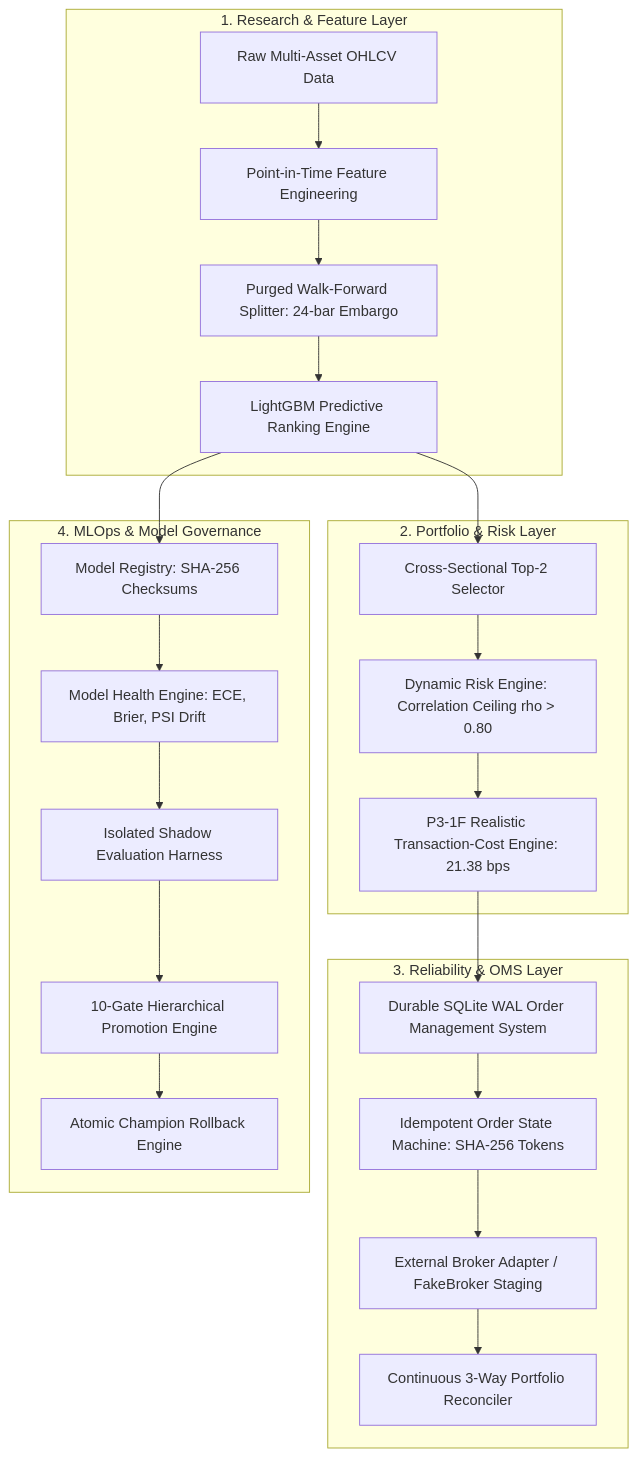
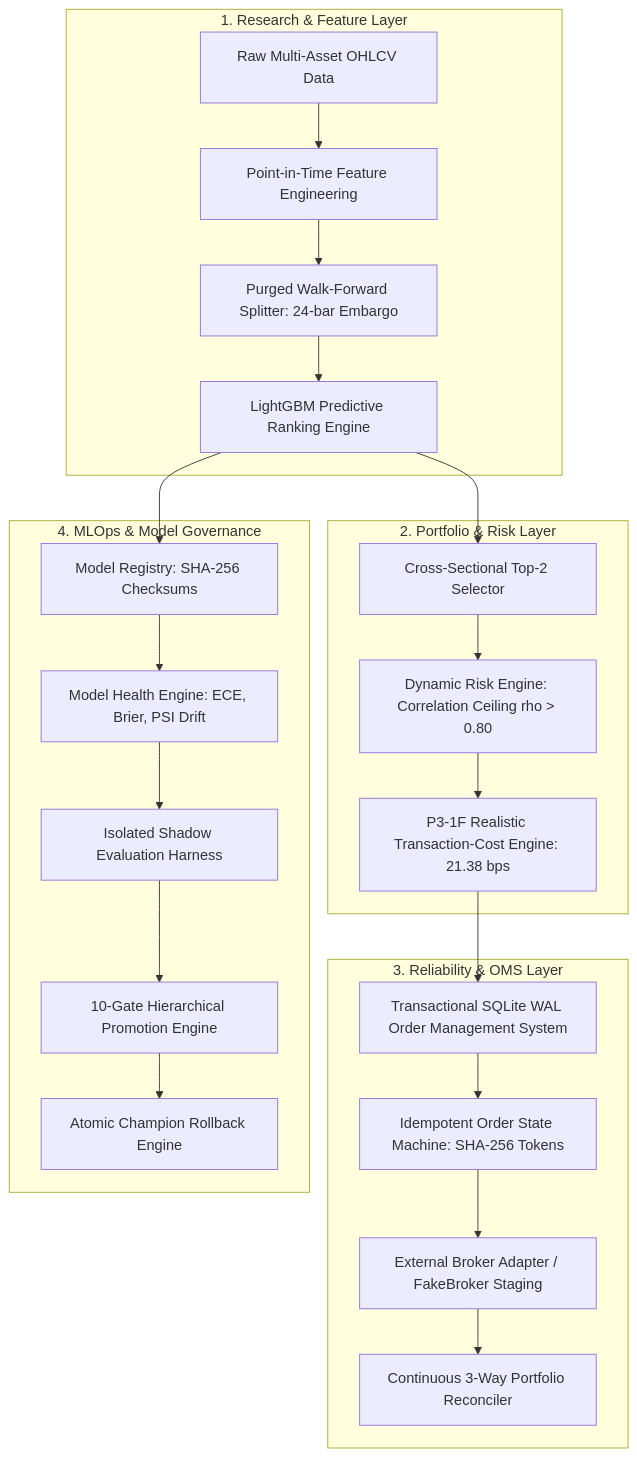
The first of 2 diagrams in README.md (ajay1951/ai-trading-research-platform), drawn with Mermaid before and after one commit. The commit also changed other lines of this file and 18 other files, not shown here.

````diff
--- a/README.md
+++ b/README.md
@@ -49,29 +50,29 @@
 ```mermaid
 flowchart TD
     subgraph Data_Research [1. Research & Feature Layer]
         A[Raw Multi-Asset OHLCV Data] --> B[Point-in-Time Feature Engineering]
         B --> C[Purged Walk-Forward Splitter: 24-bar Embargo]
         C --> D[LightGBM Predictive Ranking Engine]
     end
 
     subgraph Portfolio_Risk [2. Portfolio & Risk Layer]
         D --> E[Cross-Sectional Top-2 Selector]
         E --> F[Dynamic Risk Engine: Correlation Ceiling rho > 0.80]
         F --> G[P3-1F Realistic Transaction-Cost Engine: 21.38 bps]
     end
 
     subgraph Execution_OMS [3. Reliability & OMS Layer]
-        G --> H[Durable SQLite WAL Order Management System]
+        G --> H[Transactional SQLite WAL Order Management System]
         H --> I[Idempotent Order State Machine: SHA-256 Tokens]
         I --> J[External Broker Adapter / FakeBroker Staging]
         J --> K[Continuous 3-Way Portfolio Reconciler]
     end
 
     subgraph MLOps_Governance [4. MLOps & Model Governance]
         D --> L[Model Registry: SHA-256 Checksums]
         L --> M[Model Health Engine: ECE, Brier, PSI Drift]
         M --> N[Isolated Shadow Evaluation Harness]
         N --> O[10-Gate Hierarchical Promotion Engine]
         O --> P[Atomic Champion Rollback Engine]
     end
 ```
````
